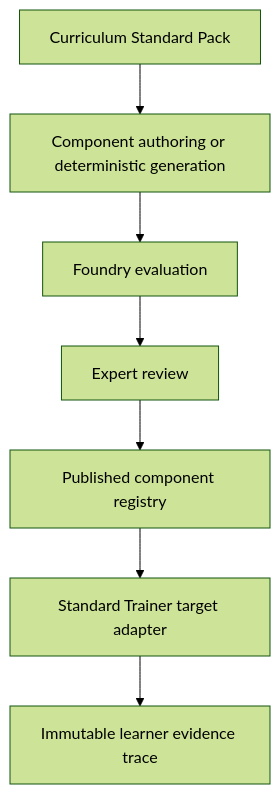
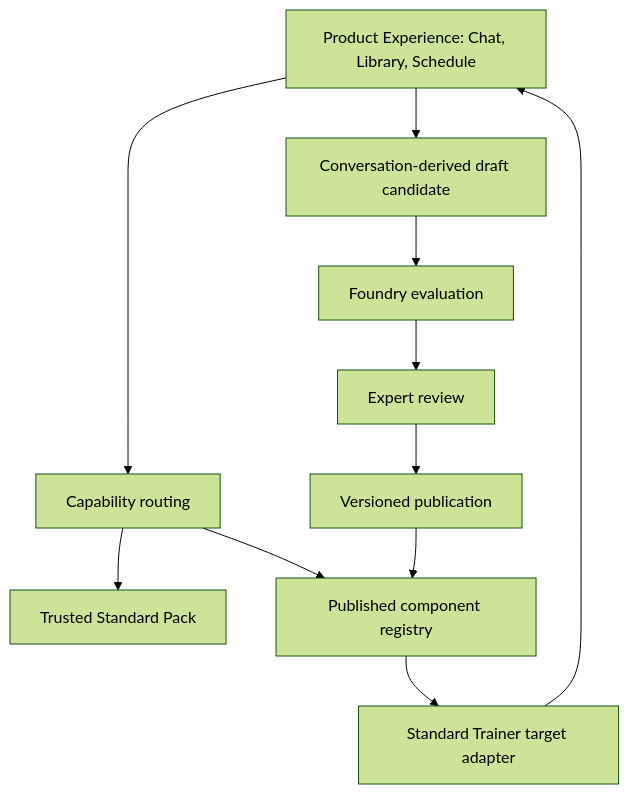
Before and after one commit to shhh-hoo/learning-foundry-demo: the diagram in docs/ARCHITECTURE.md, drawn with Mermaid (forest theme). The commit also changed other lines of this file and 24 other files, not shown here.

Commit message:
Add product experience vertical slice (#2)

````diff
--- a/docs/ARCHITECTURE.md
+++ b/docs/ARCHITECTURE.md
@@ -7,9 +7,13 @@
 ```mermaid
 flowchart TD
-  S["Curriculum Standard Pack"] --> A["Component authoring or deterministic generation"]
-  A --> E["Foundry evaluation"]
+  X["Product Experience: Chat, Library, Schedule"] --> C["Capability routing"]
+  C --> S["Trusted Standard Pack"]
+  C --> P["Published component registry"]
+  P --> T["Standard Trainer target adapter"]
+  T --> X
+  X --> D["Conversation-derived draft candidate"]
+  D --> E["Foundry evaluation"]
   E --> R["Expert review"]
-  R --> P["Published component registry"]
-  P --> T["Standard Trainer target adapter"]
-  T --> L["Immutable learner evidence trace"]
+  R --> N["Versioned publication"]
+  N --> P
 ```
````
